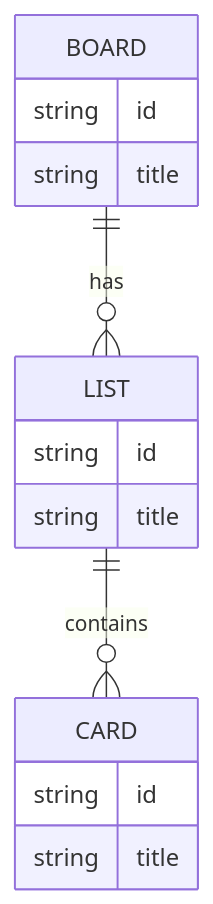
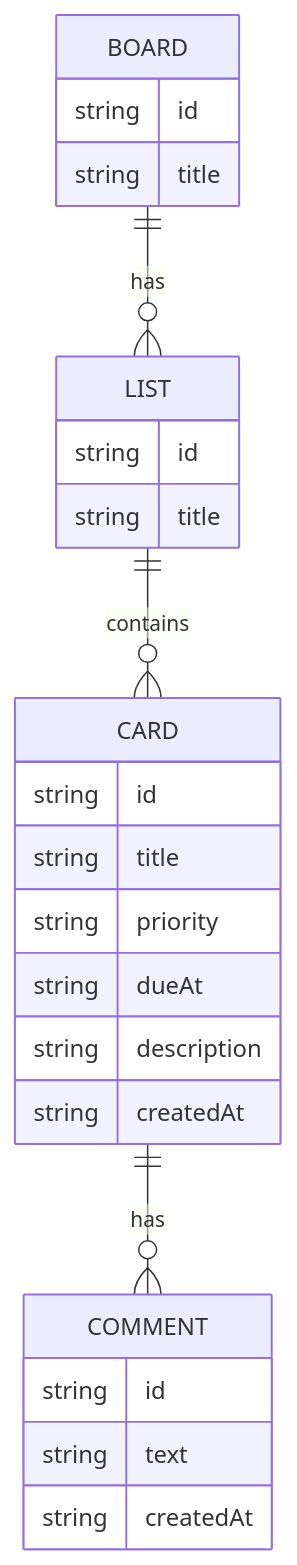
The first of 2 diagrams in docs/data-design.md (kasisu/taskapp), drawn with Mermaid before and after one commit. The commit also changed other lines of this file and 6 other files, not shown here.

````diff
--- a/docs/data-design.md
+++ b/docs/data-design.md
@@ -11,18 +11,28 @@
 ```mermaid
 erDiagram
   BOARD ||--o{ LIST : has
   LIST ||--o{ CARD : contains
 
   BOARD {
     string id
     string title
   }
   LIST {
     string id
     string title
   }
   CARD {
     string id
     string title
+    string priority
+    string dueAt
+    string description
+    string createdAt
+  }
+  CARD ||--o{ COMMENT : has
+  COMMENT {
+    string id
+    string text
+    string createdAt
   }
 ```
````
